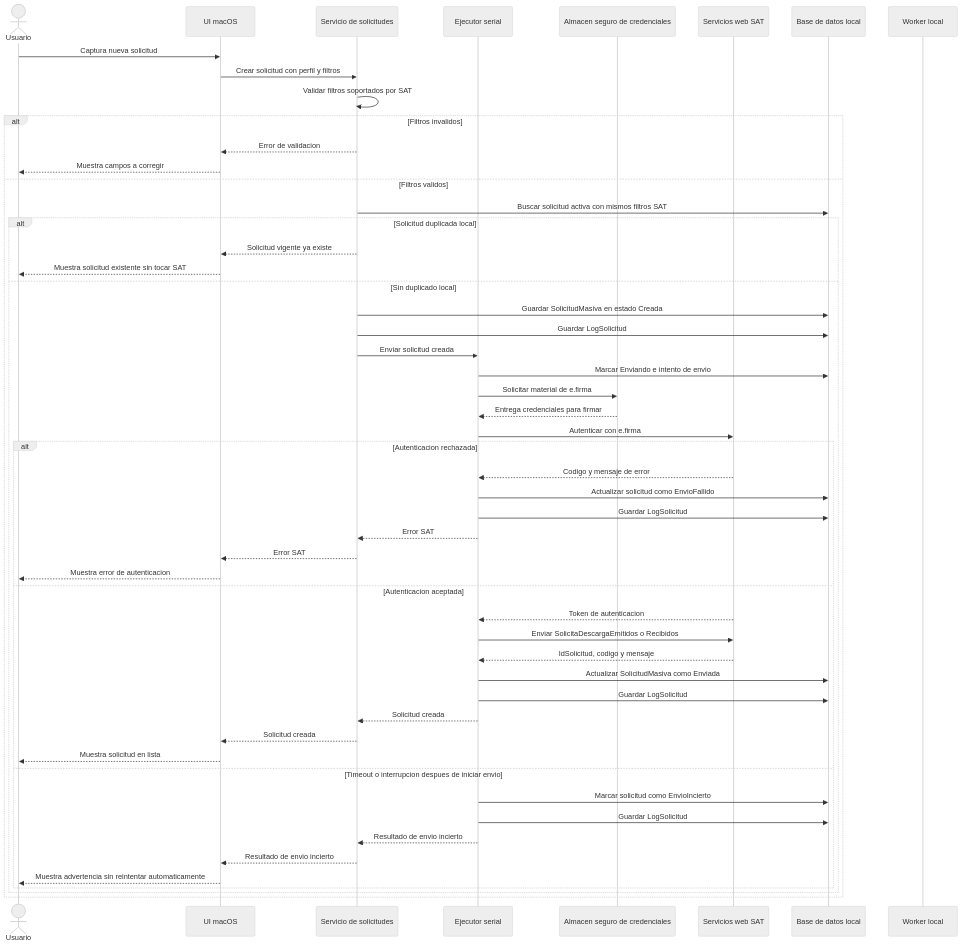
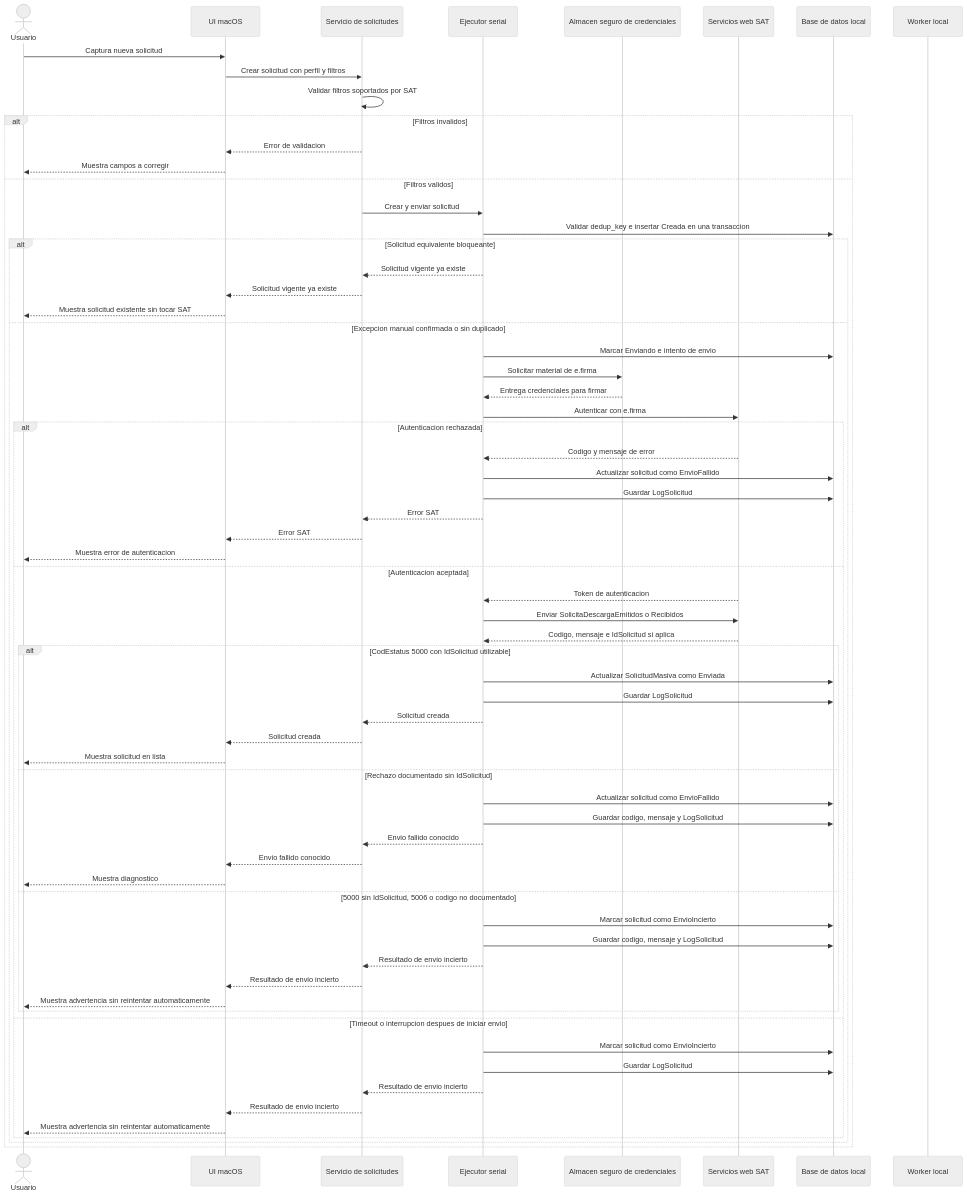
One commit to irritila/sat-cfdi-downloader changed the fifth of 21 diagrams in docs/architecture.md. Above: the diagram before and after it, drawn with Mermaid (neutral theme). The commit also changed other lines of this file and 6 other files, not shown here.

````diff
--- a/docs/architecture.md
+++ b/docs/architecture.md
@@ -208,59 +208,73 @@
 ```mermaid
 sequenceDiagram
     actor Usuario
     participant UI as UI macOS
     participant Solicitudes as Servicio de solicitudes
     participant Executor as Ejecutor serial
     participant Credenciales as Almacen seguro de credenciales
     participant SAT as Servicios web SAT
     participant DB as Base de datos local
     participant Worker as Worker local
 
     Usuario->>UI: Captura nueva solicitud
     UI->>Solicitudes: Crear solicitud con perfil y filtros
     Solicitudes->>Solicitudes: Validar filtros soportados por SAT
 
     alt Filtros invalidos
         Solicitudes-->>UI: Error de validacion
         UI-->>Usuario: Muestra campos a corregir
     else Filtros validos
-        Solicitudes->>DB: Buscar solicitud activa con mismos filtros SAT
+        Solicitudes->>Executor: Crear y enviar solicitud
+        Executor->>DB: Validar dedup_key e insertar Creada en una transaccion
 
-        alt Solicitud duplicada local
+        alt Solicitud equivalente bloqueante
+            Executor-->>Solicitudes: Solicitud vigente ya existe
             Solicitudes-->>UI: Solicitud vigente ya existe
             UI-->>Usuario: Muestra solicitud existente sin tocar SAT
-        else Sin duplicado local
-            Solicitudes->>DB: Guardar SolicitudMasiva en estado Creada
-            Solicitudes->>DB: Guardar LogSolicitud
-            Solicitudes->>Executor: Enviar solicitud creada
+        else Excepcion manual confirmada o sin duplicado
             Executor->>DB: Marcar Enviando e intento de envio
             Executor->>Credenciales: Solicitar material de e.firma
             Credenciales-->>Executor: Entrega credenciales para firmar
             Executor->>SAT: Autenticar con e.firma
 
             alt Autenticacion rechazada
                 SAT-->>Executor: Codigo y mensaje de error
                 Executor->>DB: Actualizar solicitud como EnvioFallido
                 Executor->>DB: Guardar LogSolicitud
                 Executor-->>Solicitudes: Error SAT
                 Solicitudes-->>UI: Error SAT
                 UI-->>Usuario: Muestra error de autenticacion
             else Autenticacion aceptada
                 SAT-->>Executor: Token de autenticacion
                 Executor->>SAT: Enviar SolicitaDescargaEmitidos o Recibidos
-                SAT-->>Executor: IdSolicitud, codigo y mensaje
+                SAT-->>Executor: Codigo, mensaje e IdSolicitud si aplica
+
+                alt CodEstatus 5000 con IdSolicitud utilizable
                 Executor->>DB: Actualizar SolicitudMasiva como Enviada
                 Executor->>DB: Guardar LogSolicitud
                 Executor-->>Solicitudes: Solicitud creada
                 Solicitudes-->>UI: Solicitud creada
                 UI-->>Usuario: Muestra solicitud en lista
+                else Rechazo documentado sin IdSolicitud
+                    Executor->>DB: Actualizar solicitud como EnvioFallido
+                    Executor->>DB: Guardar codigo, mensaje y LogSolicitud
+                    Executor-->>Solicitudes: Envio fallido conocido
+                    Solicitudes-->>UI: Envio fallido conocido
+                    UI-->>Usuario: Muestra diagnostico
+                else 5000 sin IdSolicitud, 5006 o codigo no documentado
+                    Executor->>DB: Marcar solicitud como EnvioIncierto
+                    Executor->>DB: Guardar codigo, mensaje y LogSolicitud
+                    Executor-->>Solicitudes: Resultado de envio incierto
+                    Solicitudes-->>UI: Resultado de envio incierto
+                    UI-->>Usuario: Muestra advertencia sin reintentar automaticamente
+                end
             else Timeout o interrupcion despues de iniciar envio
                 Executor->>DB: Marcar solicitud como EnvioIncierto
                 Executor->>DB: Guardar LogSolicitud
                 Executor-->>Solicitudes: Resultado de envio incierto
                 Solicitudes-->>UI: Resultado de envio incierto
                 UI-->>Usuario: Muestra advertencia sin reintentar automaticamente
             end
         end
     end
 ```
````
